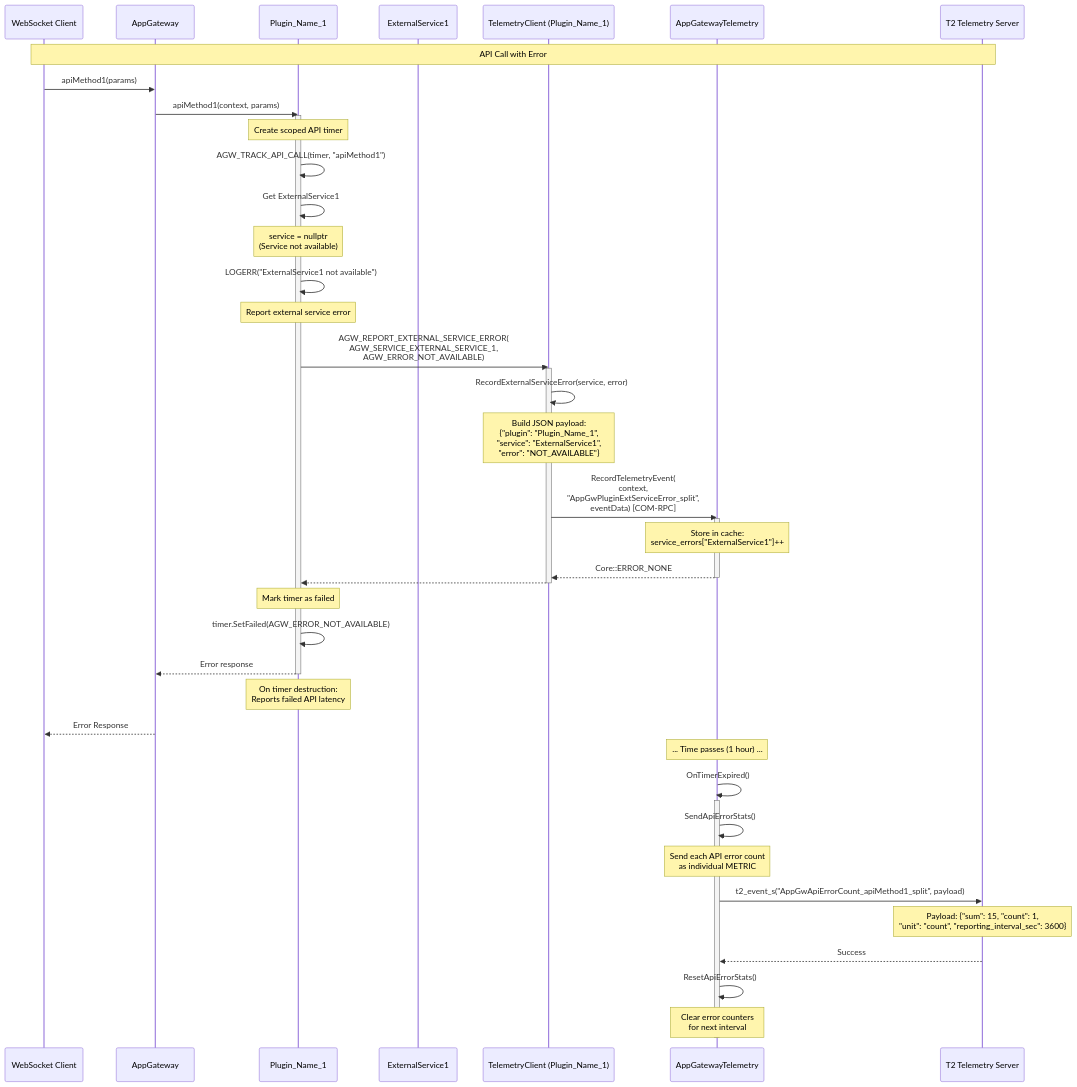
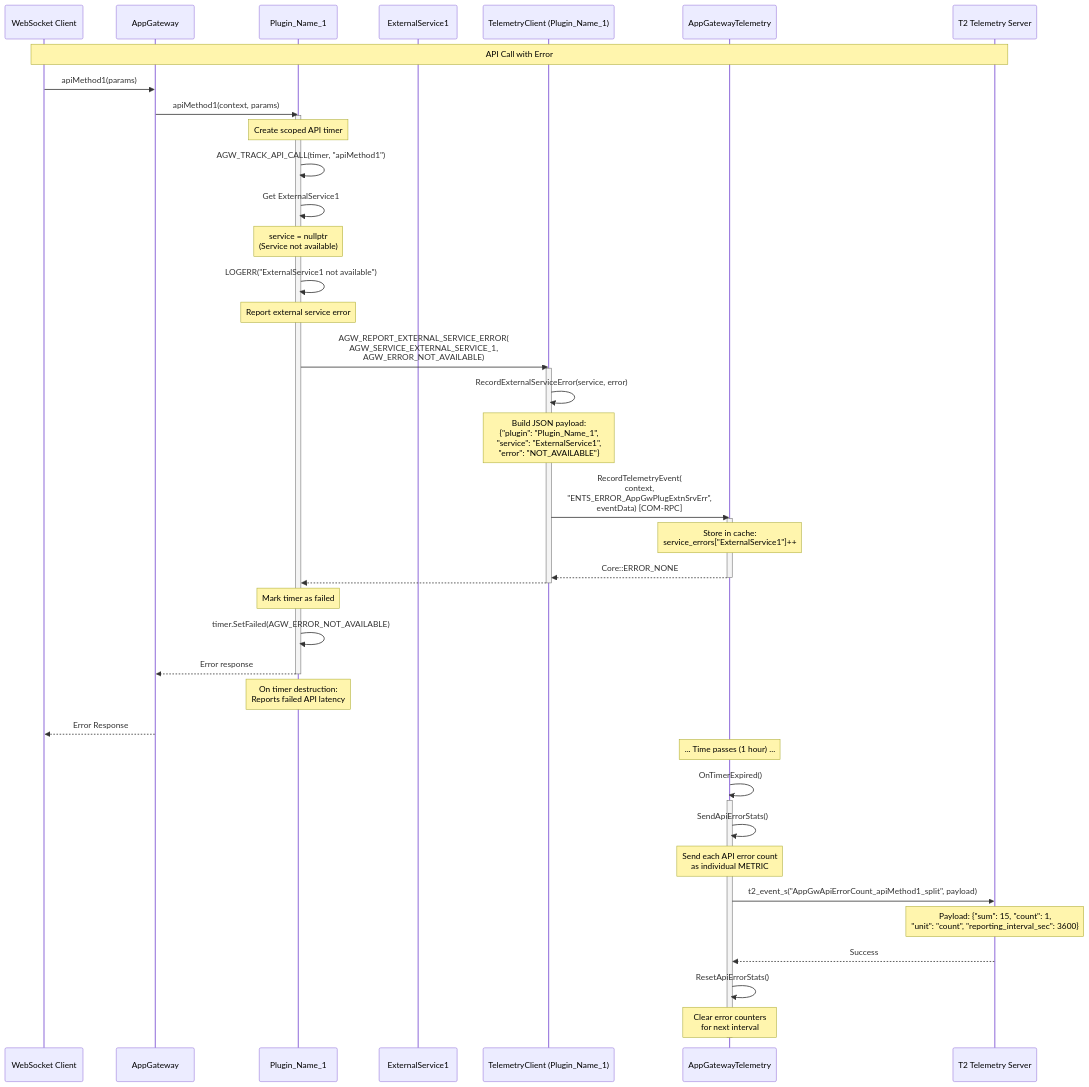
One commit to rdkcentral/entservices-appgateway changed the diagram in AppGateway/docs/sequence-diagrams/03_API_Error_Reporting_Badger.md. Above: the diagram before and after it, drawn with Mermaid. The commit also changed other lines of this file and 11 other files, not shown here.

````diff
--- a/AppGateway/docs/sequence-diagrams/03_API_Error_Reporting_Badger.md
+++ b/AppGateway/docs/sequence-diagrams/03_API_Error_Reporting_Badger.md
@@ -9,71 +9,71 @@
 ```mermaid
 sequenceDiagram
     participant Client as WebSocket Client
     participant AppGw as AppGateway
     participant Plugin as Plugin_Name_1
     participant ExtService as ExternalService1
     participant TelemetryClient as TelemetryClient (Plugin_Name_1)
     participant Telemetry as AppGatewayTelemetry
     participant T2 as T2 Telemetry Server
     
     Note over Client,T2: API Call with Error
     
     Client->>AppGw: apiMethod1(params)
     AppGw->>Plugin: apiMethod1(context, params)
     activate Plugin
     
     Note over Plugin: Create scoped API timer
     Plugin->>Plugin: AGW_TRACK_API_CALL(timer, "apiMethod1")
     
     Plugin->>Plugin: Get ExternalService1
     Note over Plugin: service = nullptr<br/>(Service not available)
     
     Plugin->>Plugin: LOGERR("ExternalService1 not available")
     
     Note over Plugin: Report external service error
     Plugin->>TelemetryClient: AGW_REPORT_EXTERNAL_SERVICE_ERROR(<br/>AGW_SERVICE_EXTERNAL_SERVICE_1,<br/>AGW_ERROR_NOT_AVAILABLE)
     activate TelemetryClient
     
     TelemetryClient->>TelemetryClient: RecordExternalServiceError(service, error)
     
     Note over TelemetryClient: Build JSON payload:<br/>{"plugin": "Plugin_Name_1",<br/> "service": "ExternalService1",<br/> "error": "NOT_AVAILABLE"}
     
-    TelemetryClient->>Telemetry: RecordTelemetryEvent(<br/>context,<br/>"AppGwPluginExtServiceError_split",<br/>eventData) [COM-RPC]
+    TelemetryClient->>Telemetry: RecordTelemetryEvent(<br/>context,<br/>"ENTS_ERROR_AppGwPlugExtnSrvErr",<br/>eventData) [COM-RPC]
     activate Telemetry
     
     Note over Telemetry: Store in cache:<br/>service_errors["ExternalService1"]++
     
     Telemetry-->>TelemetryClient: Core::ERROR_NONE
     deactivate Telemetry
     
     TelemetryClient-->>Plugin: 
     deactivate TelemetryClient
     
     Note over Plugin: Mark timer as failed
     Plugin->>Plugin: timer.SetFailed(AGW_ERROR_NOT_AVAILABLE)
     
     Plugin-->>AppGw: Error response
     deactivate Plugin
     
     Note over Plugin: On timer destruction:<br/>Reports failed API latency
     
     AppGw-->>Client: Error Response
     
     Note over Telemetry: ... Time passes (1 hour) ...
     
     Telemetry->>Telemetry: OnTimerExpired()
     activate Telemetry
     
     Telemetry->>Telemetry: SendApiErrorStats()
     
     Note over Telemetry: Send each API error count<br/>as individual METRIC
     
     Telemetry->>T2: t2_event_s("AppGwApiErrorCount_apiMethod1_split", payload)
     Note over T2: Payload: {"sum": 15, "count": 1,<br/>"unit": "count", "reporting_interval_sec": 3600}
     T2-->>Telemetry: Success
     
     Telemetry->>Telemetry: ResetApiErrorStats()
     Note over Telemetry: Clear error counters<br/>for next interval
     
     deactivate Telemetry
 ```
````
